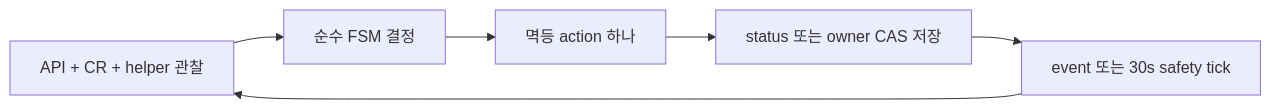
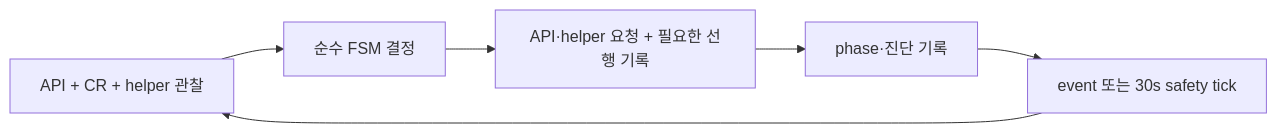
One commit to cagojeiger/ShiftPV changed the second of 5 diagrams in docs/spec/volume-mobility.md. Above: the diagram before and after it, drawn with Mermaid. The commit also changed other lines of this file and 59 other files, not shown here.

````diff
--- a/docs/spec/volume-mobility.md
+++ b/docs/spec/volume-mobility.md
@@ -91,8 +92,8 @@
 ```mermaid
 flowchart LR
     OBS[API + CR + helper 관찰] --> DECIDE[순수 FSM 결정]
-    DECIDE --> ACTION[멱등 action 하나]
-    ACTION --> SAVE[status 또는 owner CAS 저장]
+    DECIDE --> ACTION[API·helper 요청 + 필요한 선행 기록]
+    ACTION --> SAVE[phase·진단 기록]
     SAVE --> EVENT[event 또는 30s safety tick]
     EVENT --> OBS
 ```
````
